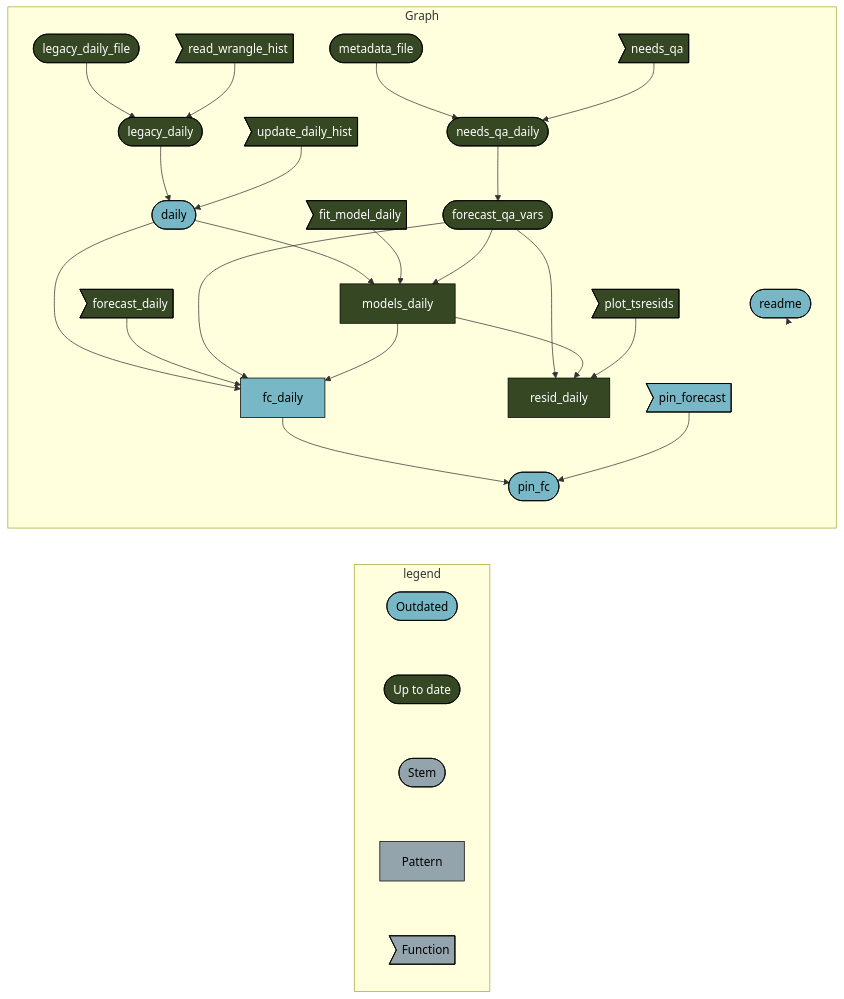
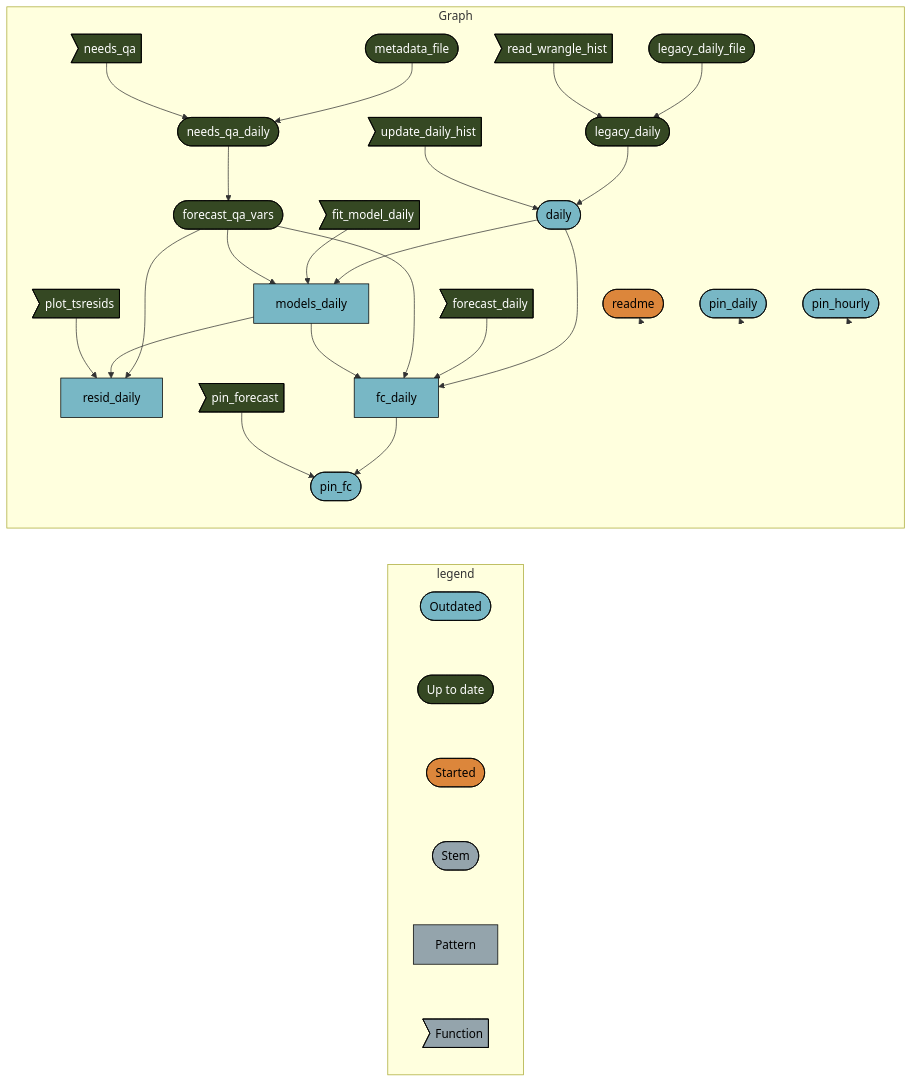
One commit to uace-azmet/azmet-forecast-qa changed the diagram in README.md. Above: the diagram before and after it, drawn with Mermaid. The commit also changed other lines of this file and 4 other files, not shown here.

````diff
--- a/README.md
+++ b/README.md
@@ -57,39 +62,46 @@
 ``` mermaid
 graph LR
   subgraph legend
     x0a52b03877696646([""Outdated""]):::outdated --- x7420bd9270f8d27d([""Up to date""]):::uptodate
-    x7420bd9270f8d27d([""Up to date""]):::uptodate --- xbf4603d6c2c2ad6b([""Stem""]):::none
+    x7420bd9270f8d27d([""Up to date""]):::uptodate --- x5b3426b4c7fa7dbc([""Started""]):::started
+    x5b3426b4c7fa7dbc([""Started""]):::started --- xbf4603d6c2c2ad6b([""Stem""]):::none
     xbf4603d6c2c2ad6b([""Stem""]):::none --- x70a5fa6bea6f298d[""Pattern""]:::none
     x70a5fa6bea6f298d[""Pattern""]:::none --- xf0bce276fe2b9d3e>""Function""]:::none
   end
   subgraph Graph
-    x3d7b2a2ab5636113(["metadata_file"]):::uptodate --> xdfae9ea4e5207cef(["needs_qa_daily"]):::uptodate
-    x06ab7116eed66f15>"needs_qa"]:::uptodate --> xdfae9ea4e5207cef(["needs_qa_daily"]):::uptodate
-    xdfae9ea4e5207cef(["needs_qa_daily"]):::uptodate --> x601d3b0e7d261371(["forecast_qa_vars"]):::uptodate
+    x601d3b0e7d261371(["forecast_qa_vars"]):::uptodate --> x0bb4ecca77d3d4a0["resid_daily"]:::outdated
+    x4d3c4dcfeadc796d["models_daily"]:::outdated --> x0bb4ecca77d3d4a0["resid_daily"]:::outdated
+    x10e889bcd8b0fd60>"plot_tsresids"]:::uptodate --> x0bb4ecca77d3d4a0["resid_daily"]:::outdated
     x1920bdb737e11d2e(["legacy_daily_file"]):::uptodate --> xff9b736edef41c8b(["legacy_daily"]):::uptodate
     x842666df821db265>"read_wrangle_hist"]:::uptodate --> xff9b736edef41c8b(["legacy_daily"]):::uptodate
+    x6233d5fdb54d5242(["daily"]):::outdated --> x4d3c4dcfeadc796d["models_daily"]:::outdated
+    x1f5572089e80d919>"fit_model_daily"]:::uptodate --> x4d3c4dcfeadc796d["models_daily"]:::outdated
+    x601d3b0e7d261371(["forecast_qa_vars"]):::uptodate --> x4d3c4dcfeadc796d["models_daily"]:::outdated
+    xdd96ec4b0bb5ab6b["fc_daily"]:::outdated --> x8f5c47b9b7da7e75(["pin_fc"]):::outdated
+    x82c22abbb211b5ee>"pin_forecast"]:::uptodate --> x8f5c47b9b7da7e75(["pin_fc"]):::outdated
     x6233d5fdb54d5242(["daily"]):::outdated --> xdd96ec4b0bb5ab6b["fc_daily"]:::outdated
     x4bc7352f98499683>"forecast_daily"]:::uptodate --> xdd96ec4b0bb5ab6b["fc_daily"]:::outdated
     x601d3b0e7d261371(["forecast_qa_vars"]):::uptodate --> xdd96ec4b0bb5ab6b["fc_daily"]:::outdated
-    x4d3c4dcfeadc796d["models_daily"]:::uptodate --> xdd96ec4b0bb5ab6b["fc_daily"]:::outdated
-    x601d3b0e7d261371(["forecast_qa_vars"]):::uptodate --> x0bb4ecca77d3d4a0["resid_daily"]:::uptodate
-    x4d3c4dcfeadc796d["models_daily"]:::uptodate --> x0bb4ecca77d3d4a0["resid_daily"]:::uptodate
-    x10e889bcd8b0fd60>"plot_tsresids"]:::uptodate --> x0bb4ecca77d3d4a0["resid_daily"]:::uptodate
-    x6233d5fdb54d5242(["daily"]):::outdated --> x4d3c4dcfeadc796d["models_daily"]:::uptodate
-    x1f5572089e80d919>"fit_model_daily"]:::uptodate --> x4d3c4dcfeadc796d["models_daily"]:::uptodate
-    x601d3b0e7d261371(["forecast_qa_vars"]):::uptodate --> x4d3c4dcfeadc796d["models_daily"]:::uptodate
-    xdd96ec4b0bb5ab6b["fc_daily"]:::outdated --> x8f5c47b9b7da7e75(["pin_fc"]):::outdated
-    x82c22abbb211b5ee>"pin_forecast"]:::outdated --> x8f5c47b9b7da7e75(["pin_fc"]):::outdated
+    x4d3c4dcfeadc796d["models_daily"]:::outdated --> xdd96ec4b0bb5ab6b["fc_daily"]:::outdated
+    x3d7b2a2ab5636113(["metadata_file"]):::uptodate --> xdfae9ea4e5207cef(["needs_qa_daily"]):::uptodate
+    x06ab7116eed66f15>"needs_qa"]:::uptodate --> xdfae9ea4e5207cef(["needs_qa_daily"]):::uptodate
     xff9b736edef41c8b(["legacy_daily"]):::uptodate --> x6233d5fdb54d5242(["daily"]):::outdated
     x8b3096a190996662>"update_daily_hist"]:::uptodate --> x6233d5fdb54d5242(["daily"]):::outdated
-    x6e52cb0f1668cc22(["readme"]):::outdated --> x6e52cb0f1668cc22(["readme"]):::outdated
+    xdfae9ea4e5207cef(["needs_qa_daily"]):::uptodate --> x601d3b0e7d261371(["forecast_qa_vars"]):::uptodate
+    x6e52cb0f1668cc22(["readme"]):::started --> x6e52cb0f1668cc22(["readme"]):::started
+    x77849b39697a3636(["pin_daily"]):::outdated --> x77849b39697a3636(["pin_daily"]):::outdated
+    x077876839e5cc13d(["pin_hourly"]):::outdated --> x077876839e5cc13d(["pin_hourly"]):::outdated
   end
   classDef outdated stroke:#000000,color:#000000,fill:#78B7C5;
   classDef uptodate stroke:#000000,color:#ffffff,fill:#354823;
+  classDef started stroke:#000000,color:#000000,fill:#DC863B;
   classDef none stroke:#000000,color:#000000,fill:#94a4ac;
   linkStyle 0 stroke-width:0px;
   linkStyle 1 stroke-width:0px;
   linkStyle 2 stroke-width:0px;
   linkStyle 3 stroke-width:0px;
-  linkStyle 23 stroke-width:0px;
+  linkStyle 4 stroke-width:0px;
+  linkStyle 24 stroke-width:0px;
+  linkStyle 25 stroke-width:0px;
+  linkStyle 26 stroke-width:0px;
 ```
````
